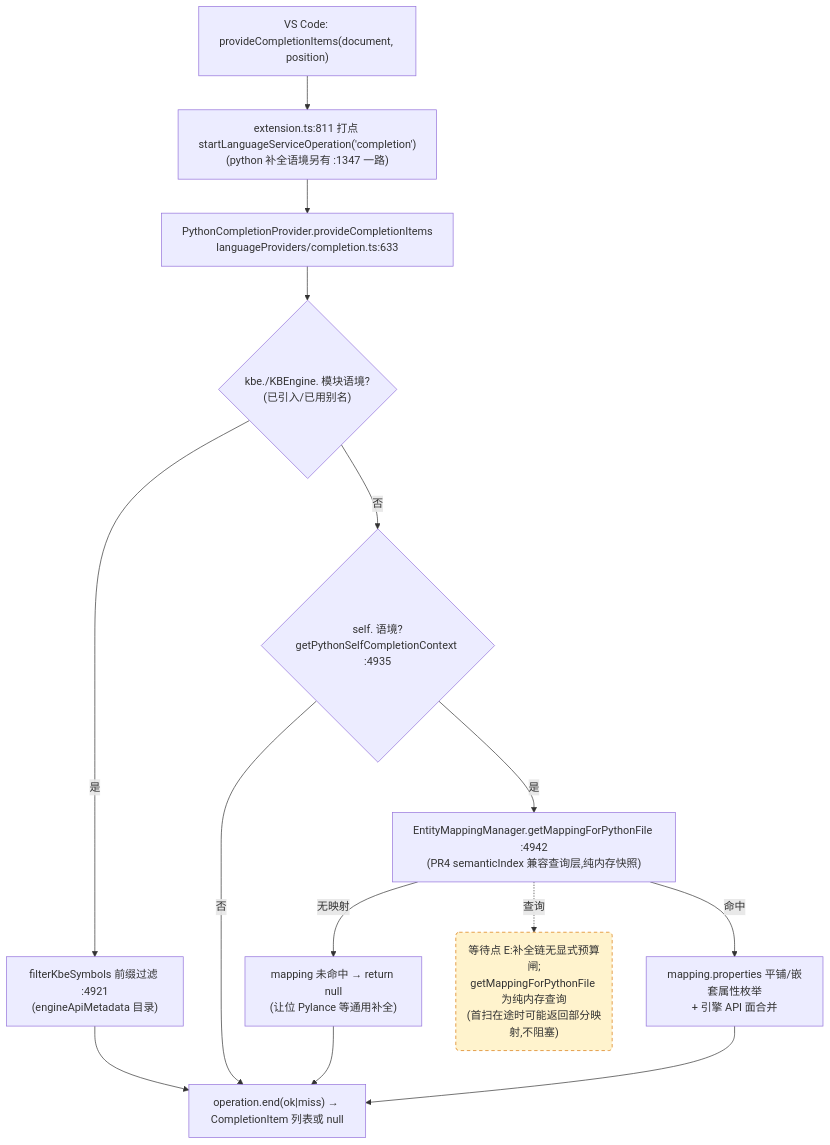
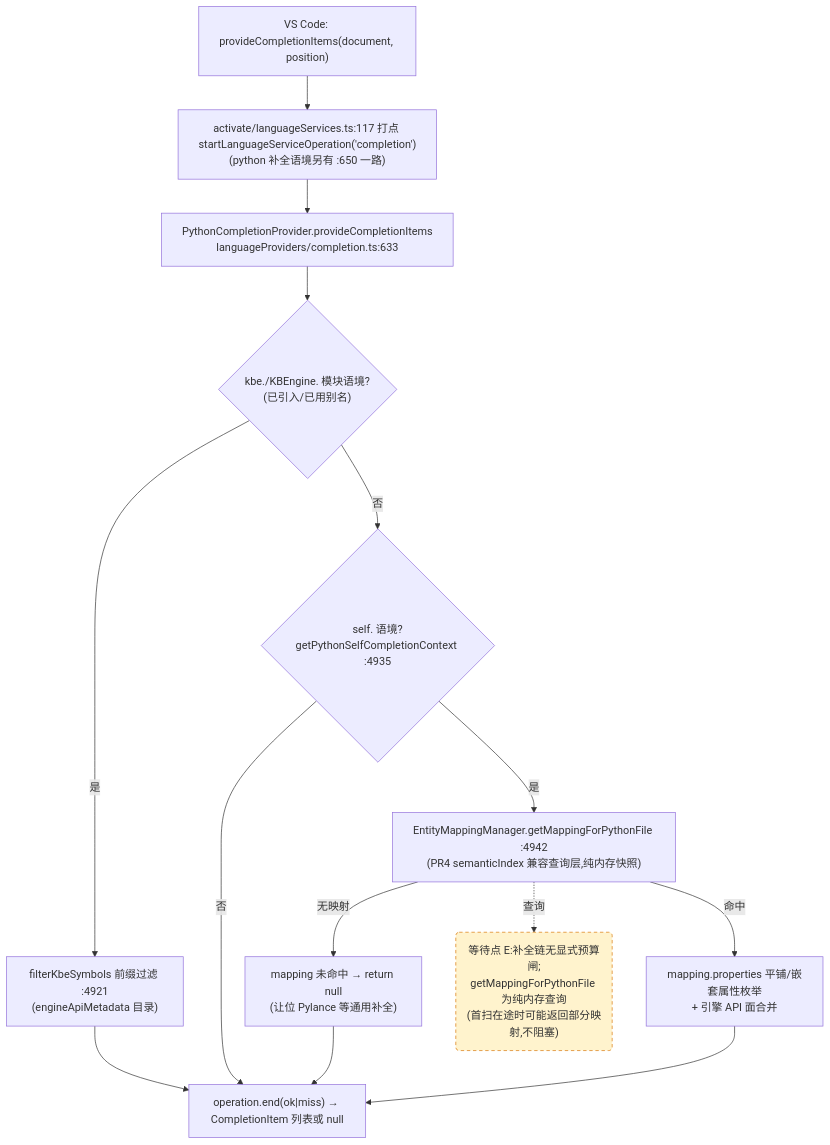
The third of 4 diagrams in docs/perf/2026-baseline.md (cuihairu/kode), drawn with Mermaid before and after one commit. The commit also changed other lines of this file and 6 other files, not shown here.

````diff
--- a/docs/perf/2026-baseline.md
+++ b/docs/perf/2026-baseline.md
@@ -184,27 +184,27 @@
 ```mermaid
 flowchart TD
   VC3["VS Code: provideCompletionItems(document, position)"]
-  M3["extension.ts:811 打点 startLanguageServiceOperation('completion')<br/>(python 补全语境另有 :1347 一路)"]
+  M3["activate/languageServices.ts:117 打点 startLanguageServiceOperation('completion')<br/>(python 补全语境另有 :650 一路)"]
   CP["PythonCompletionProvider.provideCompletionItems<br/>languageProviders/completion.ts:633"]
   KBEC{"kbe./KBEngine. 模块语境?<br/>(已引入/已用别名)"}
   FILTER["filterKbeSymbols 前缀过滤 :4921<br/>(engineApiMetadata 目录)"]
   SELFC{"self. 语境?<br/>getPythonSelfCompletionContext :4935"}
   MAP["EntityMappingManager.getMappingForPythonFile :4942<br/>(PR4 semanticIndex 兼容查询层,纯内存快照)"]
   NOMAP["mapping 未命中 → return null<br/>(让位 Pylance 等通用补全)"]
   PROPS["mapping.properties 平铺/嵌套属性枚举<br/>+ 引擎 API 面合并"]
   END3["operation.end(ok|miss) → CompletionItem 列表或 null"]
 
   VC3 --> M3 --> CP --> KBEC
   KBEC -- "是" --> FILTER --> END3
   KBEC -- "否" --> SELFC
   SELFC -- "否" --> END3
   SELFC -- "是" --> MAP
   MAP -- "无映射" --> NOMAP --> END3
   MAP -- "命中" --> PROPS --> END3
 
   WAITE("等待点 E:补全链无显式预算闸;<br/>getMappingForPythonFile 为纯内存查询<br/>(首扫在途时可能返回部分映射,不阻塞)")
   MAP -.->|查询| WAITE
 
   classDef waitPoint fill:#fff3cd,stroke:#d97706,stroke-dasharray:5 4;
   class WAITE waitPoint;
 ```
````
